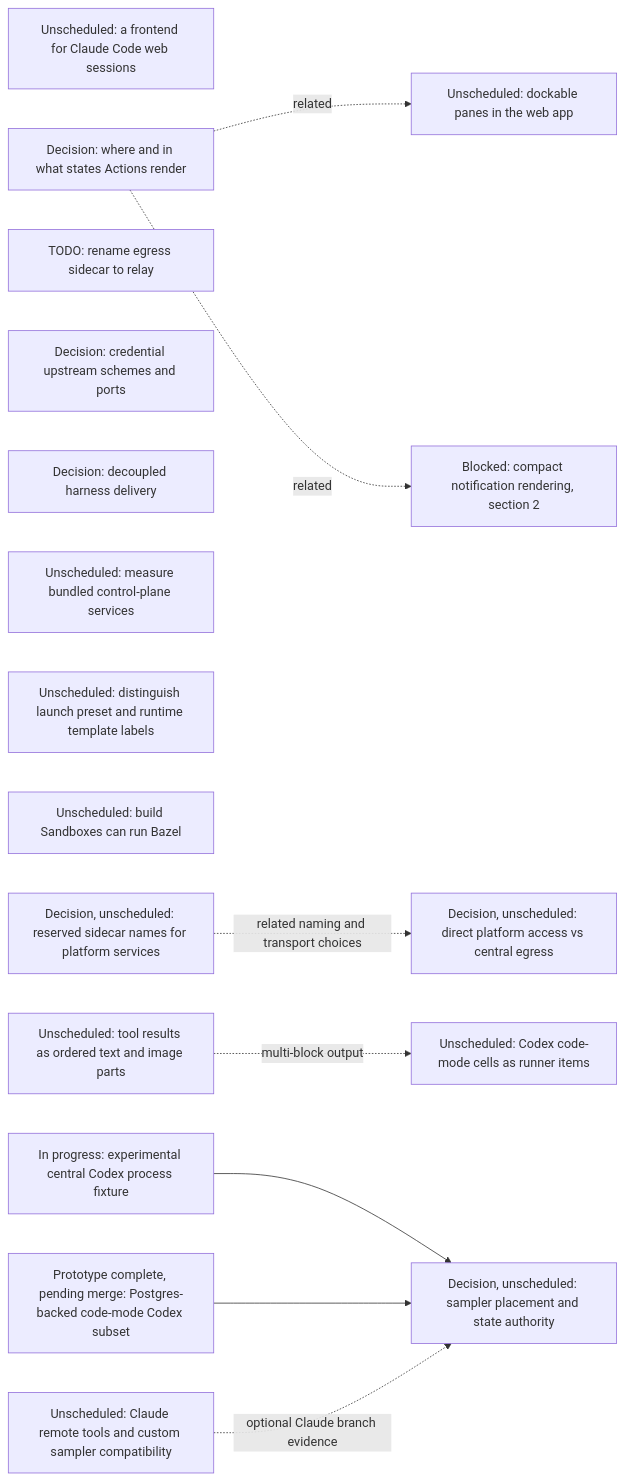
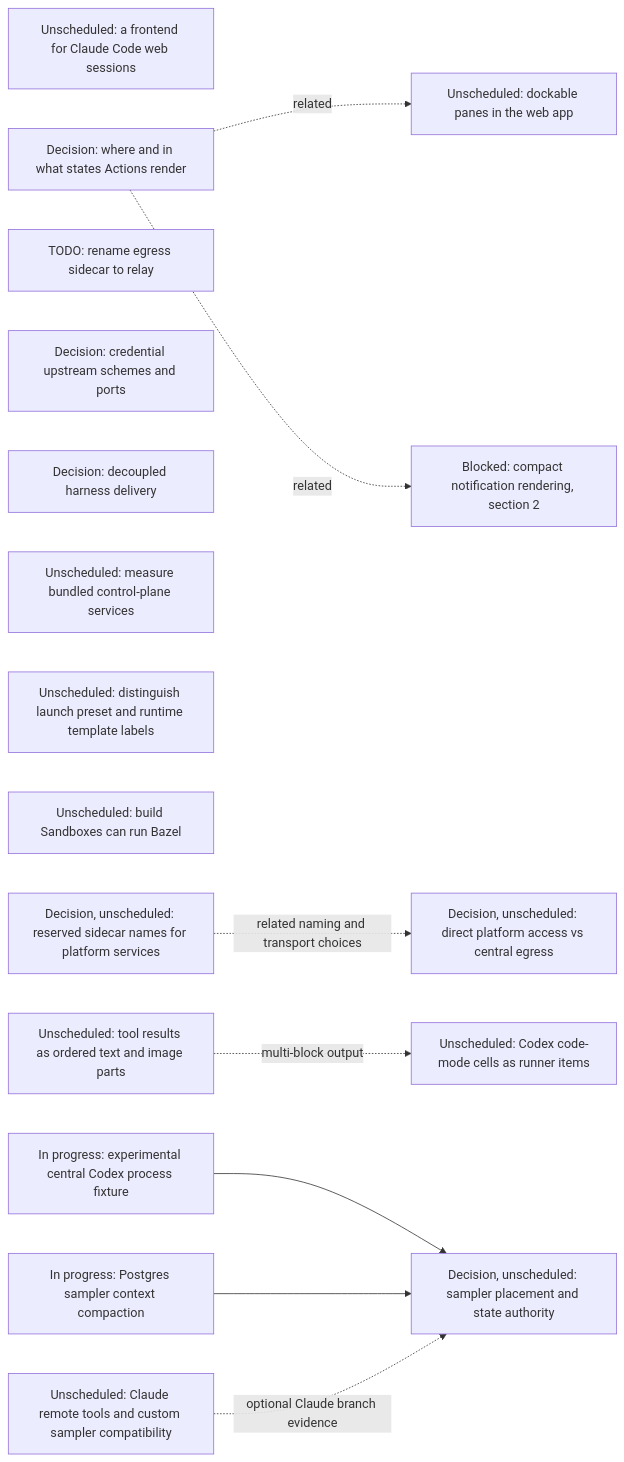
Before and after one commit to agentydragon-agent/ducktape: the eighth of 19 diagrams in agentplane/plans/task_dag.md, drawn with Mermaid. The commit also changed other lines of this file and 11 other files, not shown here.

Commit message:
feat(agentplane): compact experimental sampler context without discarding audit history

````diff
--- a/agentplane/plans/task_dag.md
+++ b/agentplane/plans/task_dag.md
@@ -589,26 +589,26 @@
 ```mermaid
 flowchart LR
     CLAUDE_CODE_WEB_BRIDGE[Unscheduled: a frontend for Claude Code web sessions]
     ACTION_SURFACES_DESIGN[Decision: where and in what states Actions render]
     EGRESS_RELAY_RENAME[TODO: rename egress sidecar to relay]
     EGRESS_CREDENTIAL_TRANSPORT_DESIGN[Decision: credential upstream schemes and ports]
     RUNNER_HARNESS_DELIVERY_DESIGN[Decision: decoupled harness delivery]
     K3S_BUNDLED_SERVICES_SPIKE[Unscheduled: measure bundled control-plane services]
     DOCKABLE_PANES[Unscheduled: dockable panes in the web app]
     ACTION_SURFACES_DESIGN -. related .-> DOCKABLE_PANES
     NOTIFICATION_PRESENTATION[Blocked: compact notification rendering, section 2]
     ACTION_SURFACES_DESIGN -. related .-> NOTIFICATION_PRESENTATION
     SANDBOX_FORM_TERMINOLOGY[Unscheduled: distinguish launch preset and runtime template labels]
     BUILD_BOX_BAZEL[Unscheduled: build Sandboxes can run Bazel]
     PLATFORM_SERVICE_NAMES_DESIGN[Decision, unscheduled: reserved sidecar names for platform services]
     PLATFORM_SERVICE_ROUTING_DESIGN[Decision, unscheduled: direct platform access vs central egress]
     PLATFORM_SERVICE_NAMES_DESIGN -. related naming and transport choices .-> PLATFORM_SERVICE_ROUTING_DESIGN
     STRUCTURED_TOOL_OUTPUT[Unscheduled: tool results as ordered text and image parts]
     STRUCTURED_TOOL_OUTPUT -. multi-block output .-> CODEX_CODE_MODE_CELLS[Unscheduled: Codex code-mode cells as runner items]
     CENTRAL_CODEX_SPIKE[In progress: experimental central Codex process fixture]
     CENTRAL_CODEX_SPIKE --> HARNESS_PLACEMENT_DESIGN[Decision, unscheduled: sampler placement and state authority]
-    POSTGRES_HARNESS_SPIKE[Prototype complete, pending merge: Postgres-backed code-mode Codex subset]
-    POSTGRES_HARNESS_SPIKE --> HARNESS_PLACEMENT_DESIGN
+    POSTGRES_SAMPLER_COMPACTION[In progress: Postgres sampler context compaction]
+    POSTGRES_SAMPLER_COMPACTION --> HARNESS_PLACEMENT_DESIGN
     CLAUDE_REMOTE_EXECUTION_SPIKE[Unscheduled: Claude remote tools and custom sampler compatibility]
     CLAUDE_REMOTE_EXECUTION_SPIKE -. optional Claude branch evidence .-> HARNESS_PLACEMENT_DESIGN
 ```
````
